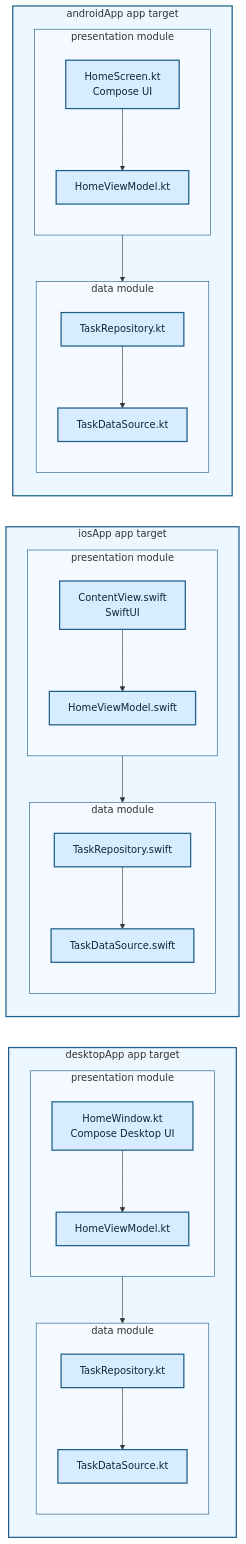
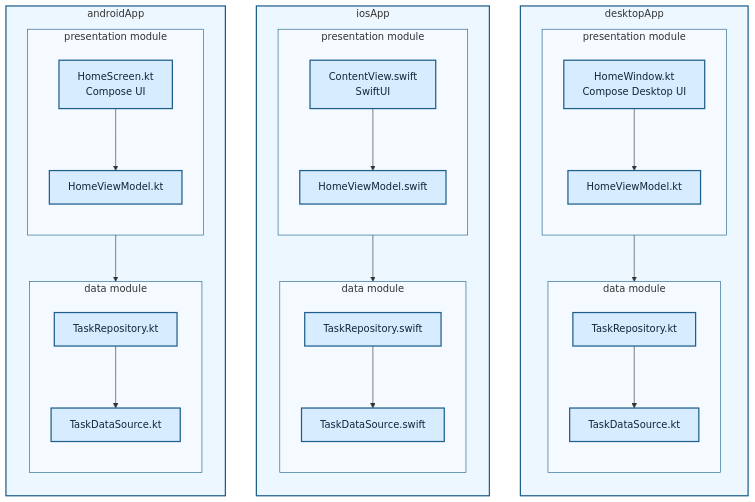
Before and after one commit to TheSetox/kmp-sample-diagrams: the diagram in diagrams/04-layered-native.md, drawn with Mermaid. The commit also changed 19 other files, not shown here.

Commit message:
docs: align platform diagram boxes

````diff
--- a/diagrams/04-layered-native.md
+++ b/diagrams/04-layered-native.md
@@ -5,68 +5,65 @@
 ```mermaid
 flowchart TB
-  subgraph Android["androidApp app target"]
+  subgraph Desktop["desktopApp"]
+    direction TB
+    subgraph DPresentation["presentation module"]
+      direction TB
+      DUI["HomeWindow.kt\nCompose Desktop UI"]
+      DVM["HomeViewModel.kt"]
+      DUI --> DVM
+    end
+    subgraph DData["data module"]
+      direction TB
+      DRepository["TaskRepository.kt"]
+      DDataSource["TaskDataSource.kt"]
+      DRepository --> DDataSource
+    end
+    DVM --> DRepository
+  end
+
+  subgraph IOS["iosApp"]
+    direction TB
+    subgraph IPresentation["presentation module"]
+      direction TB
+      IUI["ContentView.swift\nSwiftUI"]
+      IVM["HomeViewModel.swift"]
+      IUI --> IVM
+    end
+    subgraph IData["data module"]
+      direction TB
+      IRepository["TaskRepository.swift"]
+      IDataSource["TaskDataSource.swift"]
+      IRepository --> IDataSource
+    end
+    IVM --> IRepository
+  end
+
+  subgraph Android["androidApp"]
     direction TB
     subgraph APresentation["presentation module"]
       direction TB
       AUI["HomeScreen.kt\nCompose UI"]
       AVM["HomeViewModel.kt"]
       AUI --> AVM
     end
     subgraph AData["data module"]
       direction TB
       ARepository["TaskRepository.kt"]
       ADataSource["TaskDataSource.kt"]
       ARepository --> ADataSource
     end
     AVM --> ARepository
   end
 
-  subgraph IOS["iosApp app target"]
-    direction TB
-    subgraph IPresentation["presentation module"]
-      direction TB
-      IUI["ContentView.swift\nSwiftUI"]
-      IVM["HomeViewModel.swift"]
-      IUI --> IVM
-    end
-    subgraph IData["data module"]
-      direction TB
-      IRepository["TaskRepository.swift"]
-      IDataSource["TaskDataSource.swift"]
-      IRepository --> IDataSource
-    end
-    IVM --> IRepository
-  end
-
-  subgraph Desktop["desktopApp app target"]
-    direction TB
-    subgraph DPresentation["presentation module"]
-      direction TB
-      DUI["HomeWindow.kt\nCompose Desktop UI"]
-      DVM["HomeViewModel.kt"]
-      DUI --> DVM
-    end
-    subgraph DData["data module"]
-      direction TB
-      DRepository["TaskRepository.kt"]
-      DDataSource["TaskDataSource.kt"]
-      DRepository --> DDataSource
-    end
-    DVM --> DRepository
-  end
-
-  ADataSource ~~~ IUI
-  IDataSource ~~~ DUI
-
   classDef native fill:#d8ecff,stroke:#1f5f8b,color:#0f2738,stroke-width:2px;
   class AUI,AVM,ARepository,ADataSource,IUI,IVM,IRepository,IDataSource,DUI,DVM,DRepository,DDataSource native;
   style Android fill:#edf7ff,stroke:#1f5f8b,stroke-width:2px
   style IOS fill:#edf7ff,stroke:#1f5f8b,stroke-width:2px
   style Desktop fill:#edf7ff,stroke:#1f5f8b,stroke-width:2px
   style APresentation fill:#f4faff,stroke:#1f5f8b,stroke-width:1px
   style IPresentation fill:#f4faff,stroke:#1f5f8b,stroke-width:1px
   style DPresentation fill:#f4faff,stroke:#1f5f8b,stroke-width:1px
   style AData fill:#f4faff,stroke:#1f5f8b,stroke-width:1px
   style IData fill:#f4faff,stroke:#1f5f8b,stroke-width:1px
   style DData fill:#f4faff,stroke:#1f5f8b,stroke-width:1px
 ```
````
